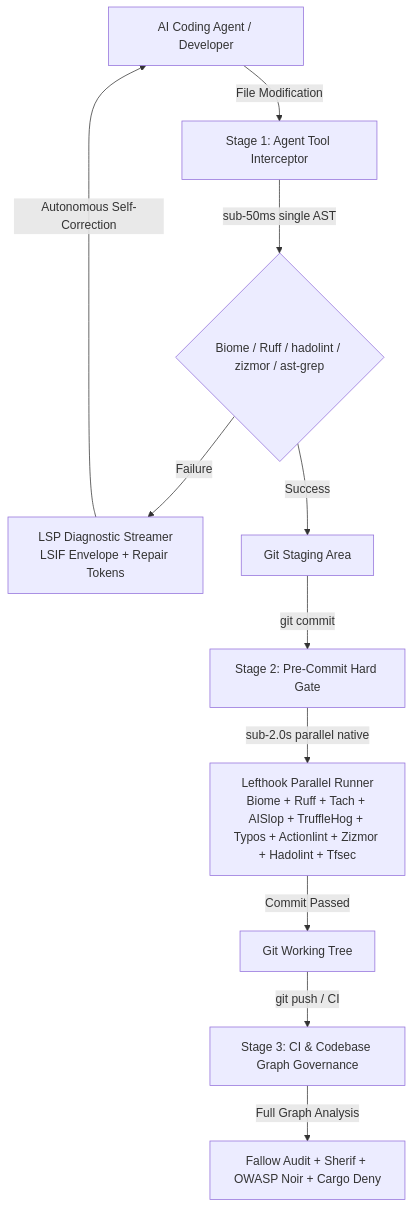
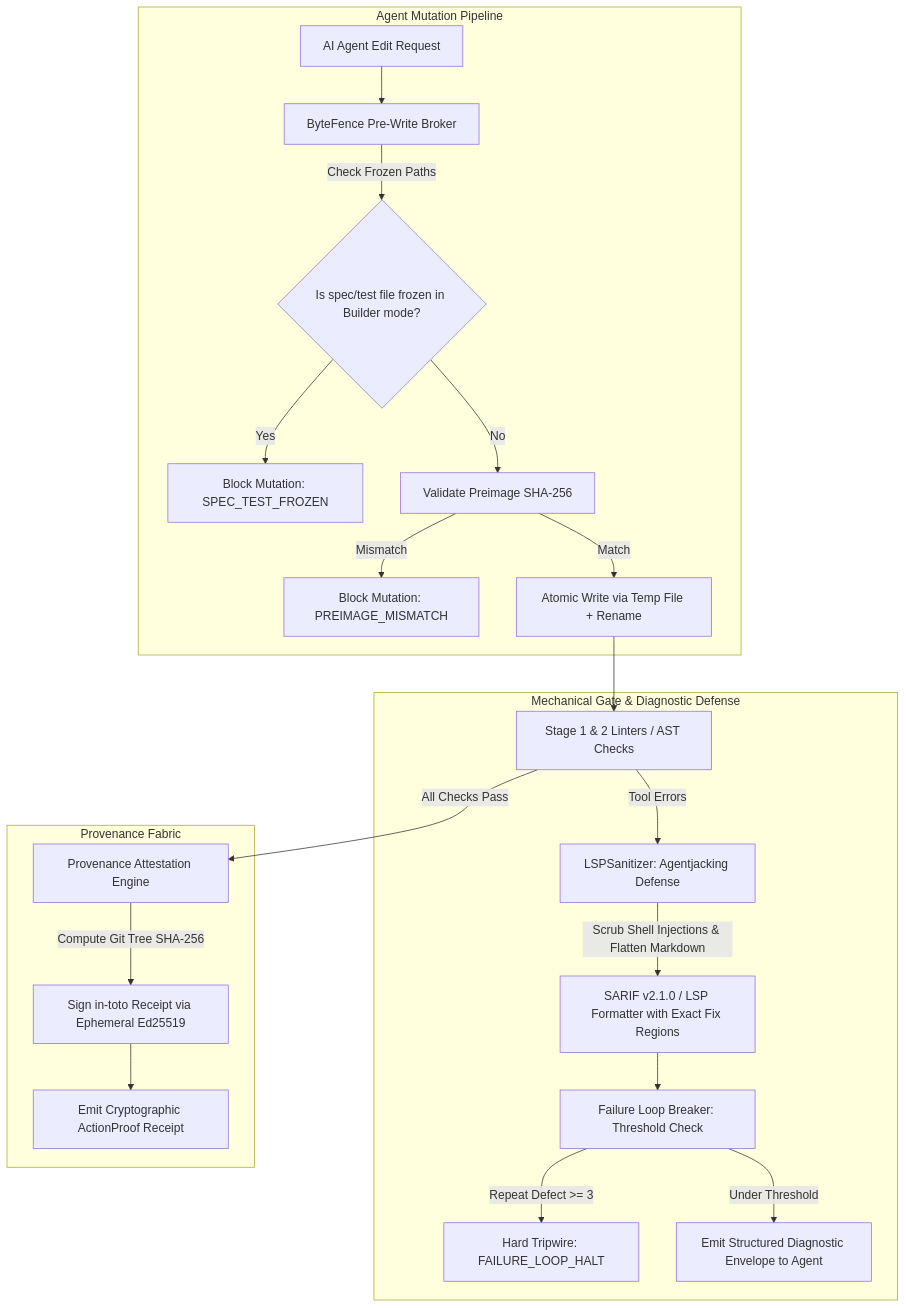
One commit to Heretek-AI/Agent-Proof changed the diagram in README.md. Above: the diagram before and after it, drawn with Mermaid. The commit also changed other lines of this file and 3 other files, not shown here.

Commit message:
docs(seo): synchronize Zero-Trust hardening architecture, ByteFence broker, Agentjacking defense, in-toto Ed25519 provenance, and SARIF v2.1.0 repair tokens

````diff
--- a/README.md
+++ b/README.md
@@ -53,13 +33,26 @@
 ```mermaid
 flowchart TD
-    A[AI Coding Agent / Developer] -->|File Modification| B[Stage 1: Agent Tool Interceptor]
-    B -->|sub-50ms single AST| C{Biome / Ruff / hadolint / zizmor / ast-grep}
-    C -->|Failure| D[LSP Diagnostic Streamer\nLSIF Envelope + Repair Tokens]
-    D -->|Autonomous Self-Correction| A
-    C -->|Success| E[Git Staging Area]
-    E -->|git commit| F[Stage 2: Pre-Commit Hard Gate]
-    F -->|sub-2.0s parallel native| G[Lefthook Parallel Runner\nBiome + Ruff + Tach + AISlop + TruffleHog + Typos + Actionlint + Zizmor + Hadolint + Tfsec]
-    G -->|Commit Passed| H[Git Working Tree]
-    H -->|git push / CI| I[Stage 3: CI & Codebase Graph Governance]
-    I -->|Full Graph Analysis| J[Fallow Audit + Sherif + OWASP Noir + Cargo Deny]
+    subgraph Agent Mutation Pipeline
+        A[AI Agent Edit Request] --> B[ByteFence Pre-Write Broker]
+        B -->|Check Frozen Paths| C{Is spec/test file frozen in Builder mode?}
+        C -->|Yes| D[Block Mutation: SPEC_TEST_FROZEN]
+        C -->|No| E[Validate Preimage SHA-256]
+        E -->|Mismatch| F[Block Mutation: PREIMAGE_MISMATCH]
+        E -->|Match| G[Atomic Write via Temp File + Rename]
+    end
+
+    subgraph Mechanical Gate & Diagnostic Defense
+        G --> H[Stage 1 & 2 Linters / AST Checks]
+        H -->|Tool Errors| I[LSPSanitizer: Agentjacking Defense]
+        I -->|Scrub Shell Injections & Flatten Markdown| J[SARIF v2.1.0 / LSP Formatter with Exact Fix Regions]
+        J --> K[Failure Loop Breaker: Threshold Check]
+        K -->|Repeat Defect >= 3| L[Hard Tripwire: FAILURE_LOOP_HALT]
+        K -->|Under Threshold| M[Emit Structured Diagnostic Envelope to Agent]
+    end
+
+    subgraph Provenance Fabric
+        H -->|All Checks Pass| N[Provenance Attestation Engine]
+        N -->|Compute Git Tree SHA-256| O[Sign in-toto Receipt via Ephemeral Ed25519]
+        O --> P[Emit Cryptographic ActionProof Receipt]
+    end
 ```
````
